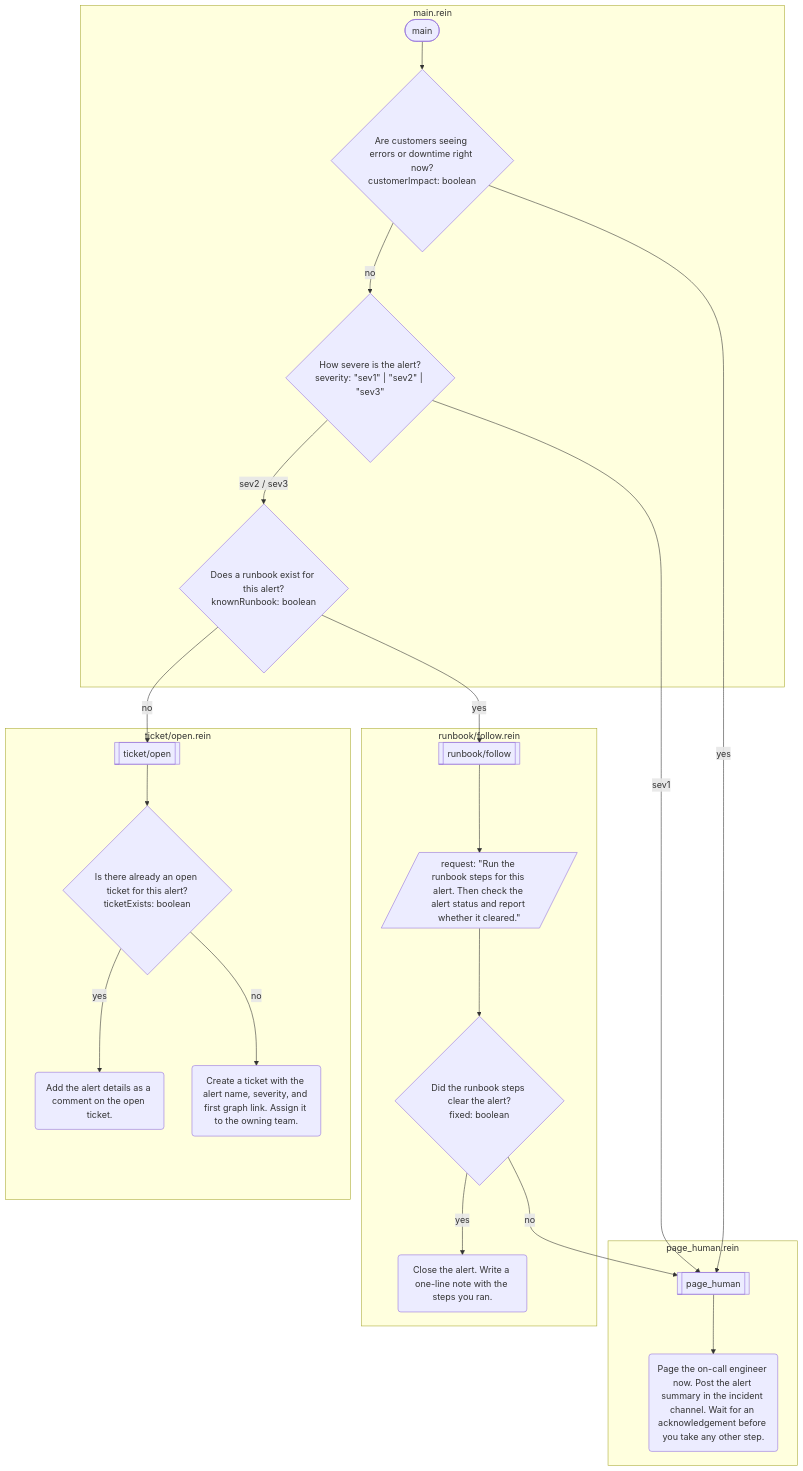
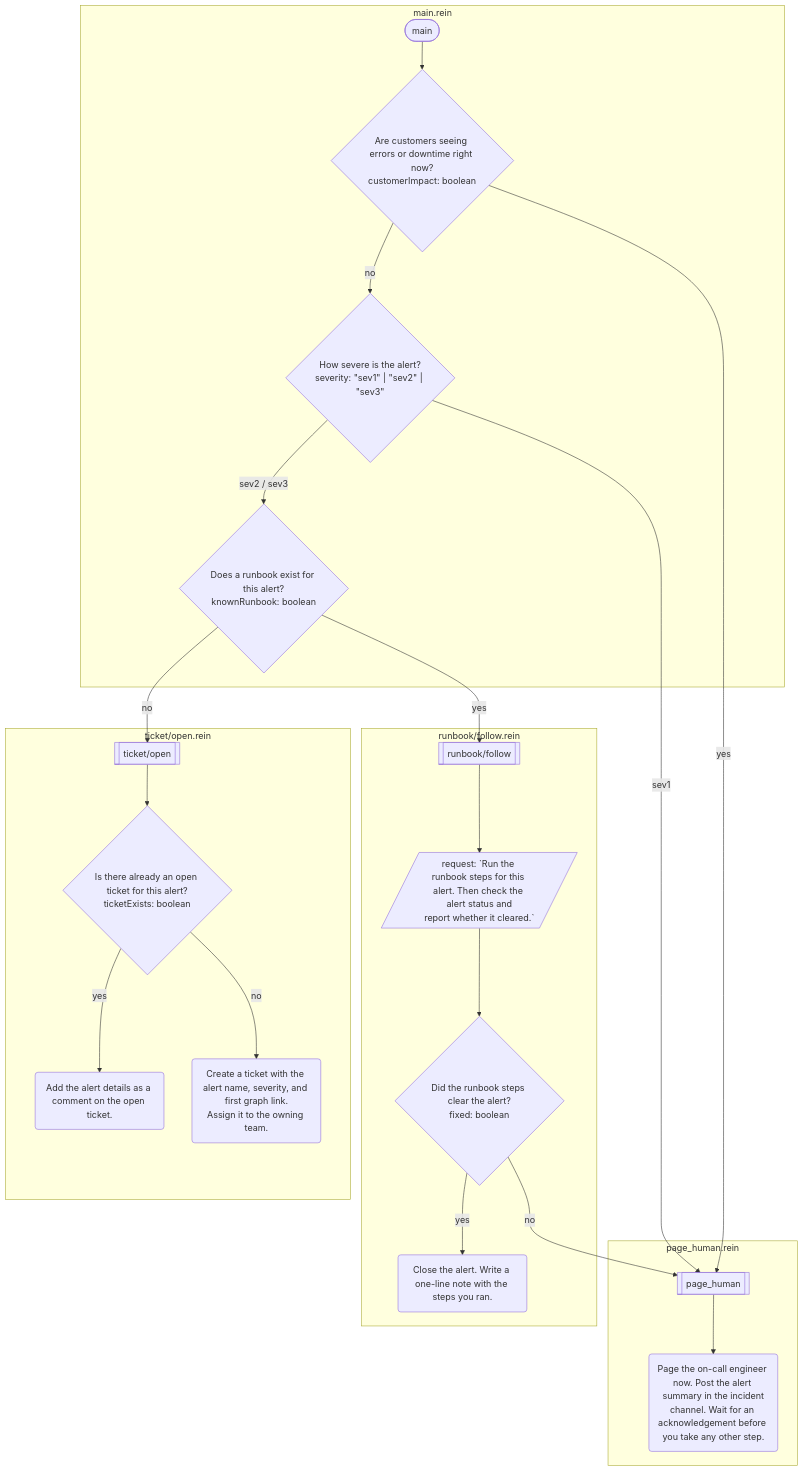
One commit to rein-lang/rein-lang.com changed the diagram in docs/examples/incident-triage.md. Above: the diagram before and after it, drawn with Mermaid. The commit also changed 3 other files, not shown here.

````diff
--- a/docs/examples/incident-triage.md
+++ b/docs/examples/incident-triage.md
@@ -11,40 +11,40 @@
 ```mermaid
 flowchart TD
     subgraph s0 ["main.rein"]
         f0(["main"])
         f0_0{"Are customers seeing errors or downtime right now?<br/>customerImpact: boolean"}
         f0_1{"How severe is the alert?<br/>severity: #quot;sev1#quot; | #quot;sev2#quot; | #quot;sev3#quot;"}
         f0_2{"Does a runbook exist for this alert?<br/>knownRunbook: boolean"}
     end
     subgraph s1 ["page_human.rein"]
         f1[["page_human"]]
-        f1_0("Page the on-call engineer now. Post the alert summary in the incident channel. Wait for an acknowledgement before you take any other step.")
+        f1_0("Page the on-call engineer now. Post the alert summary in the incident<br/>channel. Wait for an acknowledgement before you take any other step.")
     end
     subgraph s2 ["runbook/follow.rein"]
         f2[["runbook/follow"]]
-        f2_0[/"request: #quot;Run the runbook steps for this alert. Then check the alert status and report whether it cleared.#quot;"/]
+        f2_0[/"request: #96;Run the runbook steps for this alert. Then check the alert status and<br/>report whether it cleared.#96;"/]
         f2_1{"Did the runbook steps clear the alert?<br/>fixed: boolean"}
         f2_2("Close the alert. Write a one-line note with the steps you ran.")
     end
     subgraph s3 ["ticket/open.rein"]
         f3[["ticket/open"]]
         f3_0{"Is there already an open ticket for this alert?<br/>ticketExists: boolean"}
         f3_1("Add the alert details as a comment on the open ticket.")
-        f3_2("Create a ticket with the alert name, severity, and first graph link. Assign it to the owning team.")
+        f3_2("Create a ticket with the alert name, severity, and first graph link.<br/>Assign it to the owning team.")
     end
     f0 --> f0_0
     f0_0 -->|"yes"| f1
     f0_0 -->|"no"| f0_1
     f0_1 -->|"sev1"| f1
     f0_1 -->|"sev2 / sev3"| f0_2
     f0_2 -->|"yes"| f2
     f0_2 -->|"no"| f3
     f1 --> f1_0
     f2 --> f2_0
     f2_0 --> f2_1
     f2_1 -->|"yes"| f2_2
     f2_1 -->|"no"| f1
     f3 --> f3_0
     f3_0 -->|"yes"| f3_1
     f3_0 -->|"no"| f3_2
 ```
````
